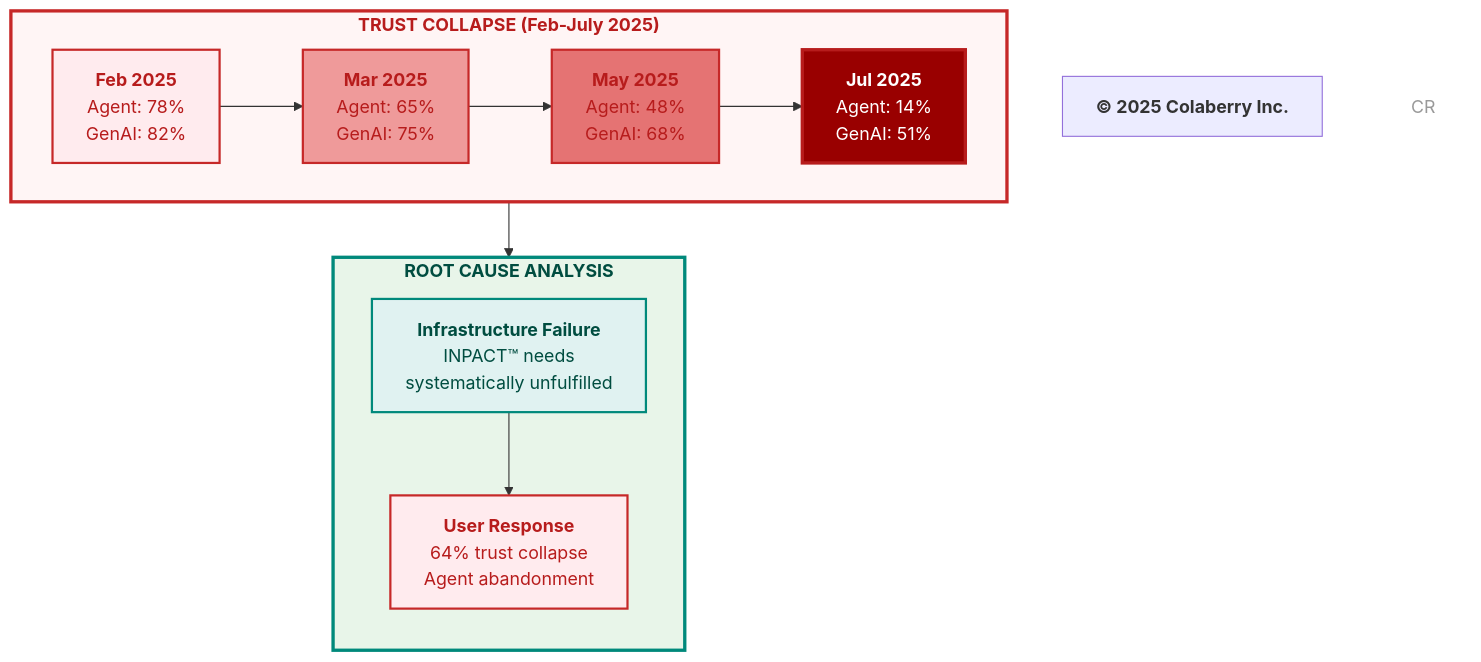
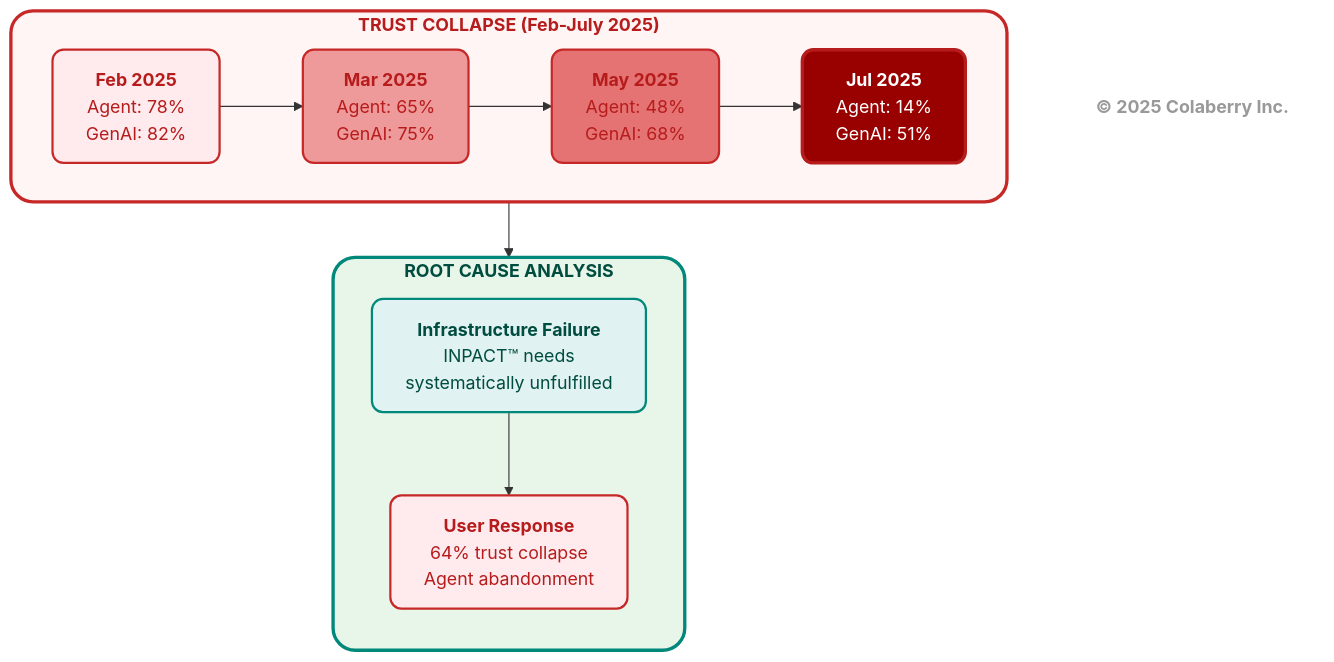
Before and after one commit to saitejesh-cyber/trust-before-intelligence-book: the second of 6 diagrams in manuscript/02_chapter_1_why_agents_fail.md, drawn with Mermaid. The commit also changed other lines of this file, not shown here.

````diff
--- a/manuscript/02_chapter_1_why_agents_fail.md
+++ b/manuscript/02_chapter_1_why_agents_fail.md
@@ -136,41 +136,41 @@
 ```mermaid
 graph TB
     subgraph timeline["<b>TRUST COLLAPSE (Feb-July 2025)</b>"]
         direction LR
         
         FEB["<b>Feb 2025</b><br/>Agent: 78%<br/>GenAI: 82%"]
         
         MAR["<b>Mar 2025</b><br/>Agent: 65%<br/>GenAI: 75%"]
         
         MAY["<b>May 2025</b><br/>Agent: 48%<br/>GenAI: 68%"]
         
         JUL["<b>Jul 2025</b><br/>Agent: 14%<br/>GenAI: 51%"]
         
         FEB --> MAR --> MAY --> JUL
     end
     
     subgraph analysis["<b>ROOT CAUSE ANALYSIS</b>"]
         direction TB
         
         CAUSE["<b>Infrastructure Failure</b><br/>INPACT™ needs<br/>systematically unfulfilled"]
         
         RESULT["<b>User Response</b><br/>64% trust collapse<br/>Agent abandonment"]
         
         CAUSE --> RESULT
     end
     
     timeline --> analysis
     
-    style timeline fill:#fff5f5,stroke:#c62828,stroke-width:3px,color:#b71c1c
-    style FEB fill:#ffebee,stroke:#c62828,stroke-width:2px,color:#b71c1c
-    style MAR fill:#ef9a9a,stroke:#c62828,stroke-width:2px,color:#b71c1c
-    style MAY fill:#e57373,stroke:#c62828,stroke-width:2px,color:#b71c1c
-    style JUL fill:#990000,stroke:#b71c1c,stroke-width:3px,color:#ffffff
+    style timeline fill:#fff5f5,stroke:#c62828,stroke-width:3px,color:#b71c1c,rx:2O,ry:20
+    style FEB fill:#ffebee,stroke:#c62828,stroke-width:2px,color:#b71c1c,rx:1O,ry:10
+    style MAR fill:#ef9a9a,stroke:#c62828,stroke-width:2px,color:#b71c1c,rx:1O,ry:10
+    style MAY fill:#e57373,stroke:#c62828,stroke-width:2px,color:#b71c1c,rx:1O,ry:10
+    style JUL fill:#990000,stroke:#b71c1c,stroke-width:3px,color:#ffffff,rx:1O,ry:10
     
-    style analysis fill:#e8f5e9,stroke:#00897b,stroke-width:3px,color:#004d40
-    style CAUSE fill:#e0f2f1,stroke:#00897b,stroke-width:2px,color:#004d40
-    style RESULT fill:#ffebee,stroke:#c62828,stroke-width:2px,color:#b71c1c
+    style analysis fill:#e8f5e9,stroke:#00897b,stroke-width:3px,color:#004d40,rx:2O,ry:20
+    style CAUSE fill:#e0f2f1,stroke:#00897b,stroke-width:2px,color:#004d40,rx:1O,ry:10
+    style RESULT fill:#ffebee,stroke:#c62828,stroke-width:2px,color:#b71c1c,rx:1O,ry:10
     
     Copyright["<b>© 2025 Colaberry Inc.</b>"]
-    style CR fill:none,stroke:none,color:#999999
+    style Copyright fill:none,stroke:none,color:#999999
 ```
````
